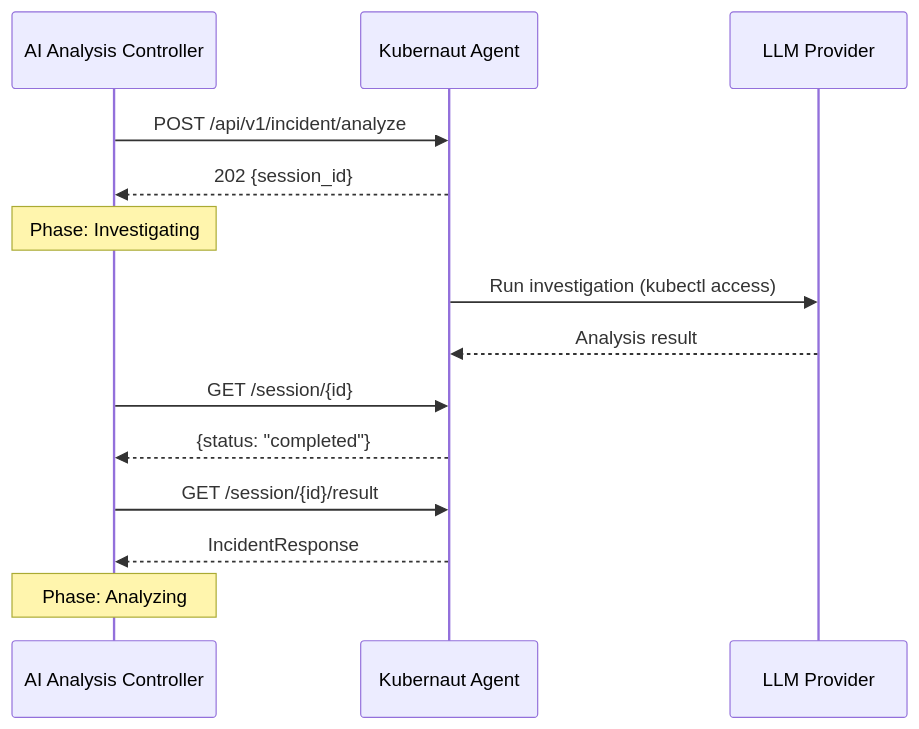
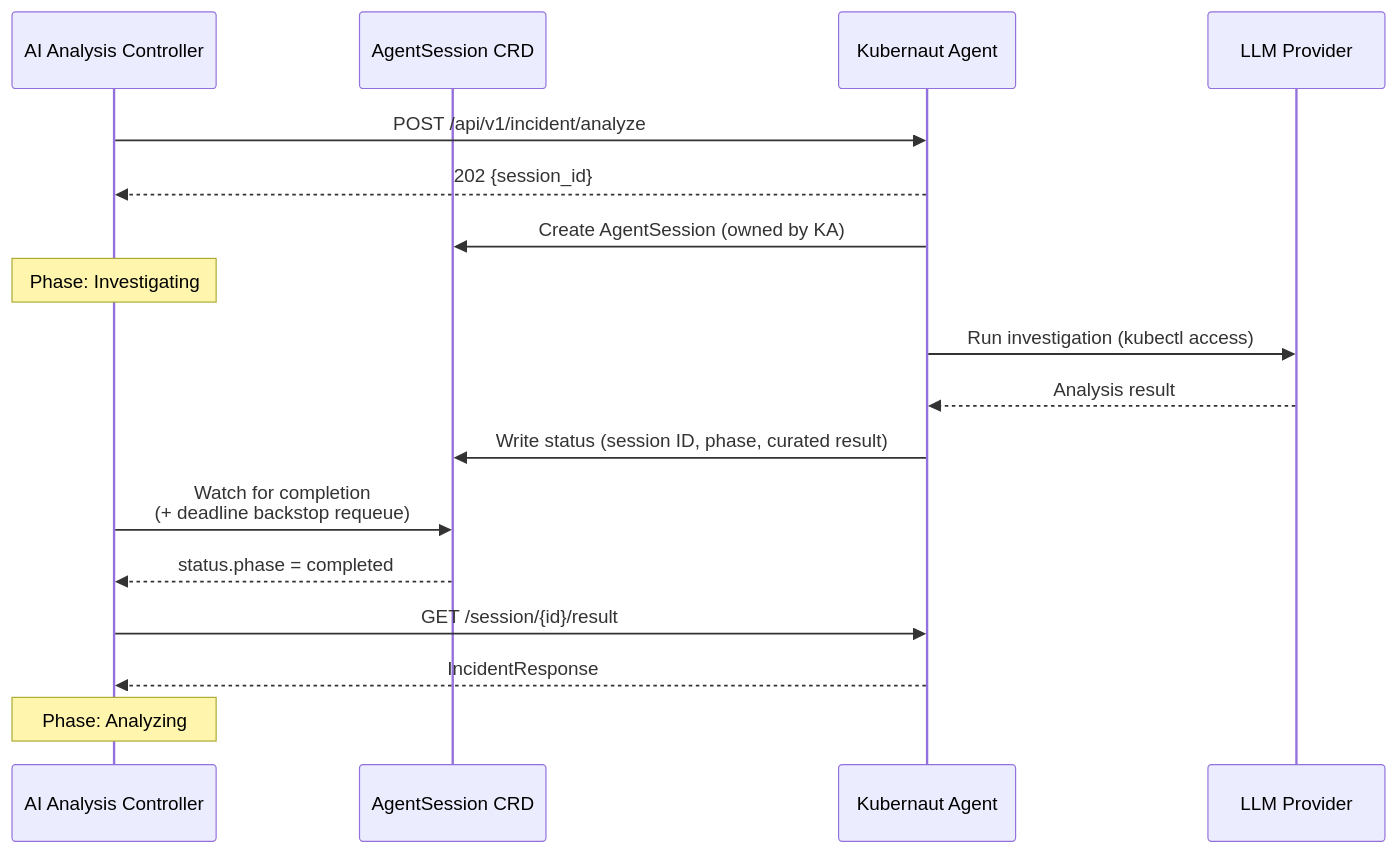
Before and after one commit to jordigilh/kubernaut-docs: the second of 2 diagrams in docs/architecture/ai-analysis.md, drawn with Mermaid. The commit also changed other lines of this file, not shown here.

First line of the commit message:
docs(architecture): rewrite ai-analysis.md for AgentSession CRD pattern

````diff
--- a/docs/architecture/ai-analysis.md
+++ b/docs/architecture/ai-analysis.md
@@ -31,20 +32,23 @@
 ```mermaid
 sequenceDiagram
     participant AA as AI Analysis Controller
+    participant AS as AgentSession CRD
     participant KA as Kubernaut Agent
     participant LLM as LLM Provider
 
     AA->>KA: POST /api/v1/incident/analyze
     KA-->>AA: 202 {session_id}
+    KA->>AS: Create AgentSession (owned by KA)
     Note over AA: Phase: Investigating
 
     KA->>LLM: Run investigation (kubectl access)
     LLM-->>KA: Analysis result
+    KA->>AS: Write status (session ID, phase, curated result)
 
-    AA->>KA: GET /session/{id}
-    KA-->>AA: {status: "completed"}
+    AA->>AS: Watch for completion<br/>(+ deadline backstop requeue)
+    AS-->>AA: status.phase = completed
 
     AA->>KA: GET /session/{id}/result
     KA-->>AA: IncidentResponse
     Note over AA: Phase: Analyzing
 ```
````
